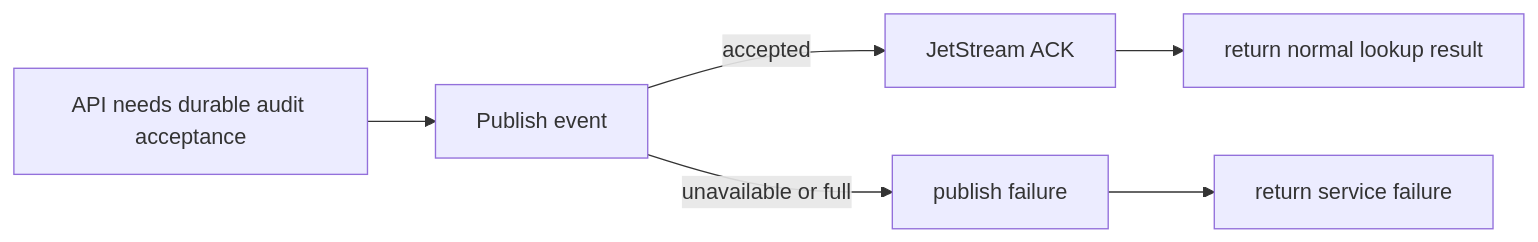
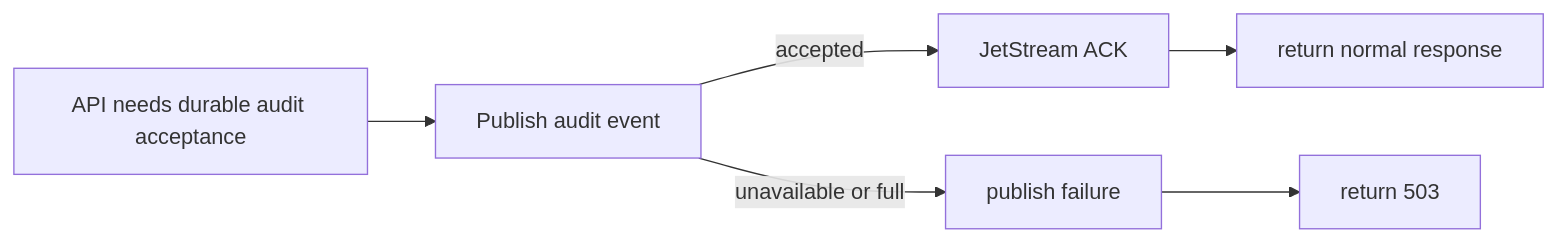
The seventh of 15 diagrams in docs/ARCHITECTURE.md (Jstarzz/geotagger), drawn with Mermaid before and after one commit. The commit also changed other lines of this file, not shown here.

Commit message:
docs: update architecture for City and ASN intelligence

````diff
--- a/docs/ARCHITECTURE.md
+++ b/docs/ARCHITECTURE.md
@@ -187,8 +235,8 @@
 ```mermaid
 flowchart LR
-    API["API needs durable audit acceptance"] --> PUB["Publish event"]
+    API["API needs durable audit acceptance"] --> PUB["Publish audit event"]
     PUB -->|"accepted"| ACK["JetStream ACK"]
-    ACK --> OK["return normal lookup result"]
+    ACK --> OK["return normal response"]
     PUB -->|"unavailable or full"| FAIL["publish failure"]
-    FAIL --> ERR["return service failure"]
+    FAIL --> ERR["return 503"]
 ```
````
